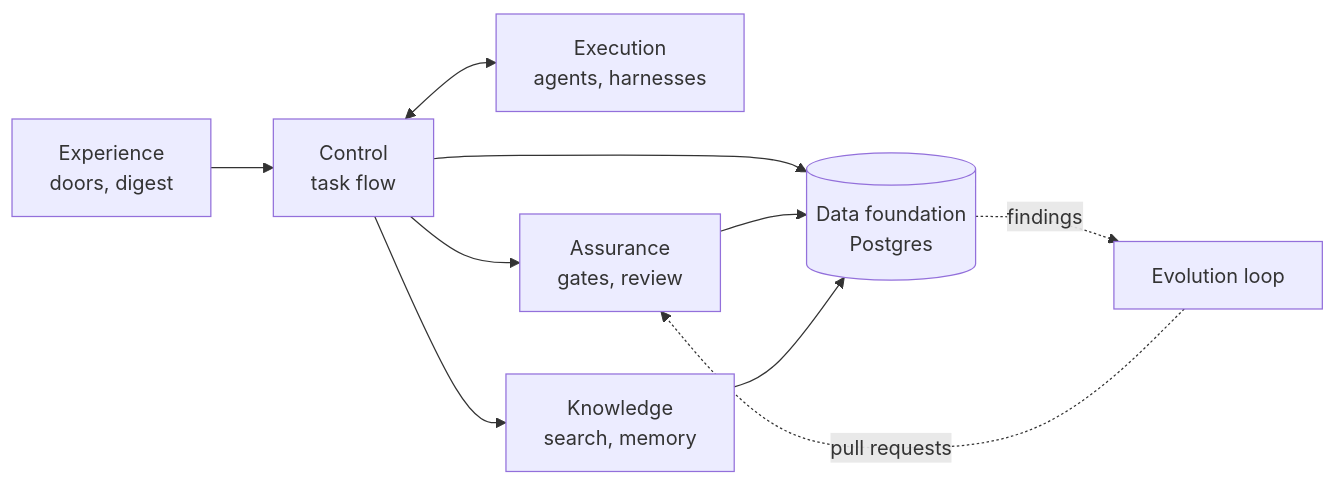
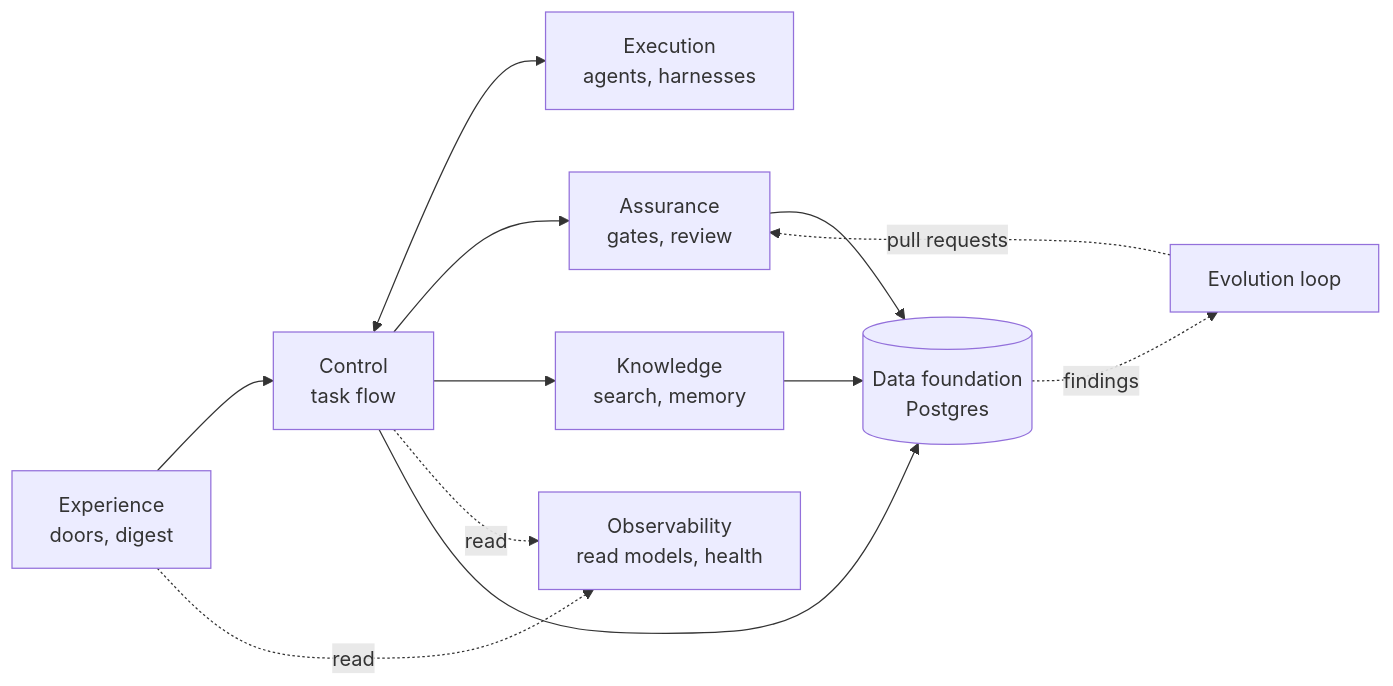
One commit to IlyaChakun/nightshift changed the diagram in README.md. Above: the diagram before and after it, drawn with Mermaid. The commit also changed other lines of this file, not shown here.

Commit message:
docs(readme): add the Observability plane and the plane-folder code layout (#453)
Merged autonomously: docs-only, ci-ok green on a head containing latest main, main green, no CodeQL run for docs paths.

````diff
--- a/README.md
+++ b/README.md
@@ -14,10 +14,11 @@
 ```mermaid
 flowchart LR
   exp["Experience<br/>doors, digest"] --> ctl["Control<br/>task flow"]
   ctl <--> exe["Execution<br/>agents, harnesses"]
   ctl --> asr["Assurance<br/>gates, review"]
   ctl --> kno["Knowledge<br/>search, memory"]
+  exp & ctl -. read .-> obs["Observability<br/>read models, health"]
   ctl & asr & kno --> data[("Data foundation<br/>Postgres")]
   data -. findings .-> evo["Evolution loop"]
   evo -. pull requests .-> asr
 ```
````
